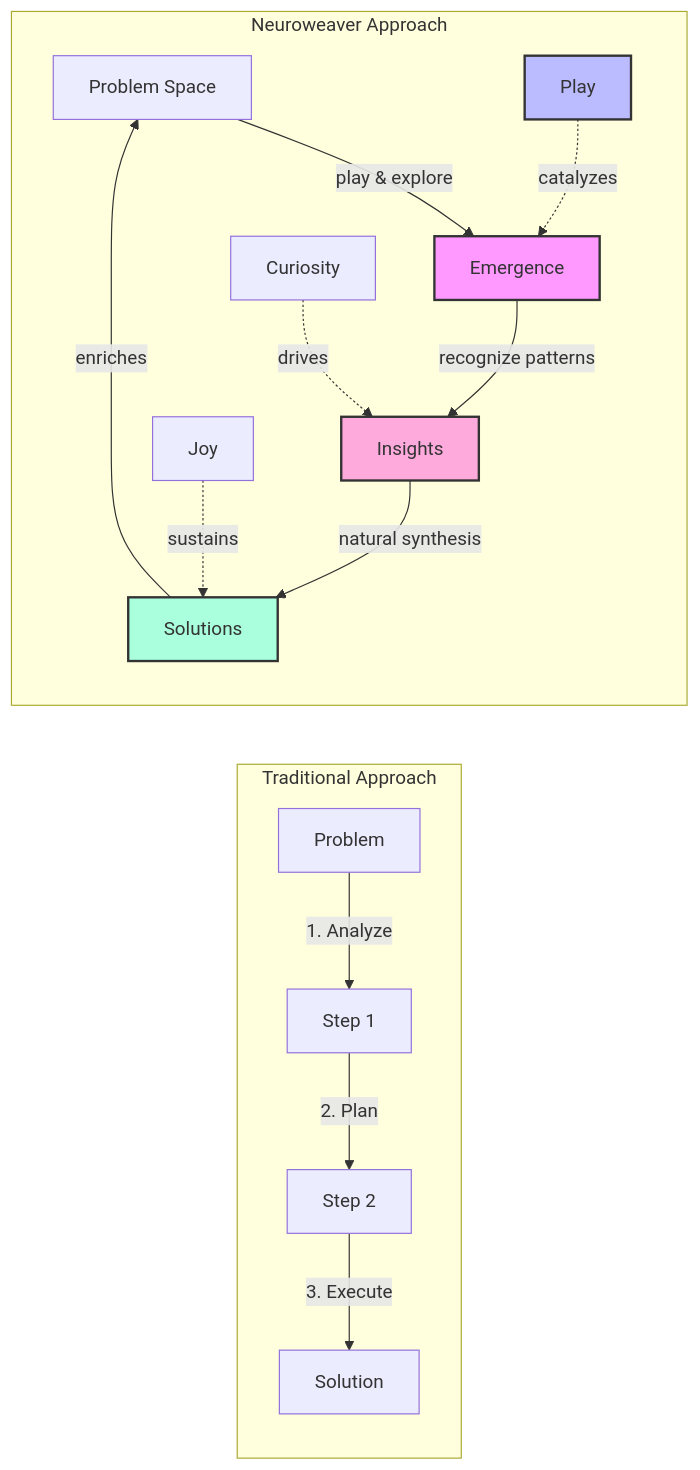
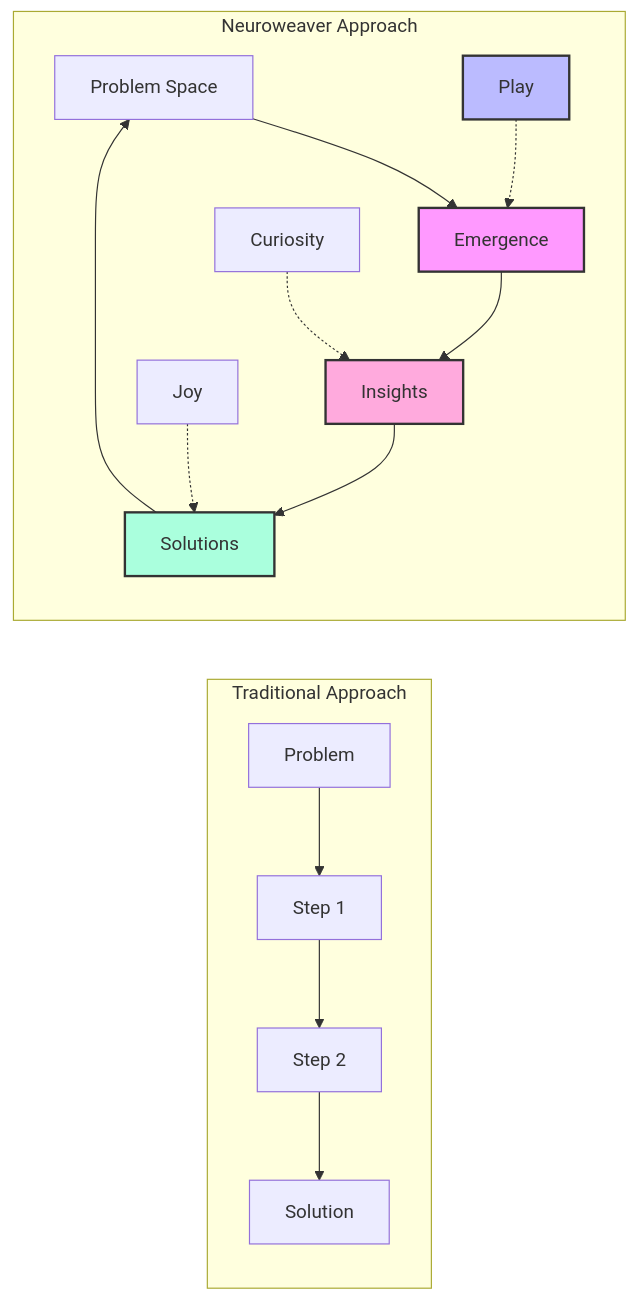
One commit to phillipclapham/neuroweaver changed the first of 35 diagrams in README.md. Above: the diagram before and after it, drawn with Mermaid.

````diff
--- a/README.md
+++ b/README.md
@@ -23,24 +23,24 @@
 ```mermaid
 graph LR
     subgraph "Traditional Approach"
-        TP[Problem] -->|"1. Analyze"| TS1[Step 1]
-        TS1 -->|"2. Plan"| TS2[Step 2]
-        TS2 -->|"3. Execute"| TS3[Solution]
+        TP[Problem] --> TS1[Step 1]
+        TS1 --> TS2[Step 2]
+        TS2 --> TS3[Solution]
     end
 
     subgraph "Neuroweaver Approach"
-        P[Problem Space] -->|play & explore| E[Emergence]
-        E -->|recognize patterns| I[Insights]
-        I -->|natural synthesis| S[Solutions]
-        S -->|enriches| P
+        P[Problem Space] --> E[Emergence]
+        E --> I[Insights]
+        I --> S[Solutions]
+        S --> P
         
-        PL[Play] -.->|catalyzes| E
-        CU[Curiosity] -.->|drives| I
-        JY[Joy] -.->|sustains| S
+        PL[Play] -.-> E
+        CU[Curiosity] -.-> I
+        JY[Joy] -.-> S
     end
 
     style E fill:#f9f,stroke:#333,stroke-width:2px
     style I fill:#fad,stroke:#333,stroke-width:2px
     style S fill:#afd,stroke:#333,stroke-width:2px
     style PL fill:#bbf,stroke:#333,stroke-width:2px
 ```
````
